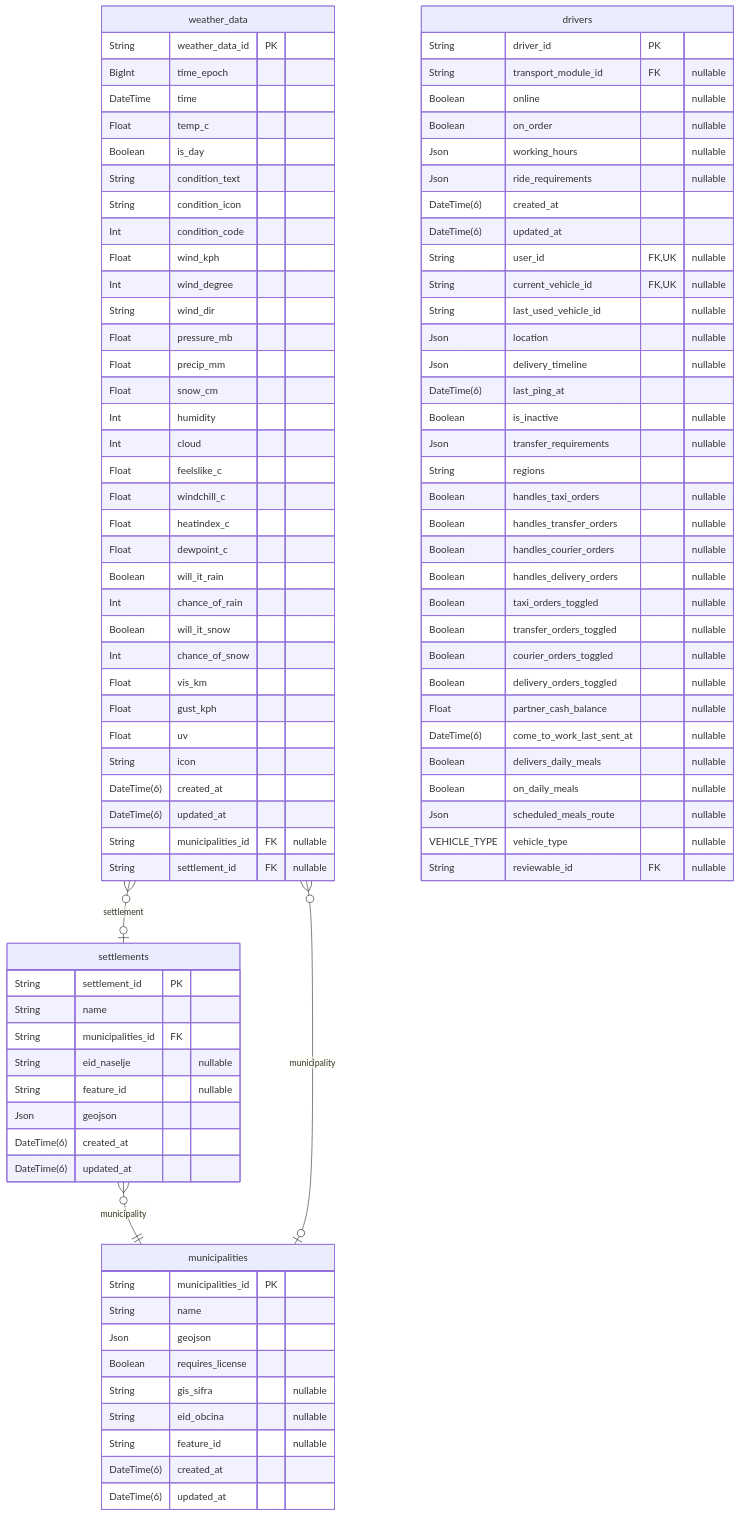
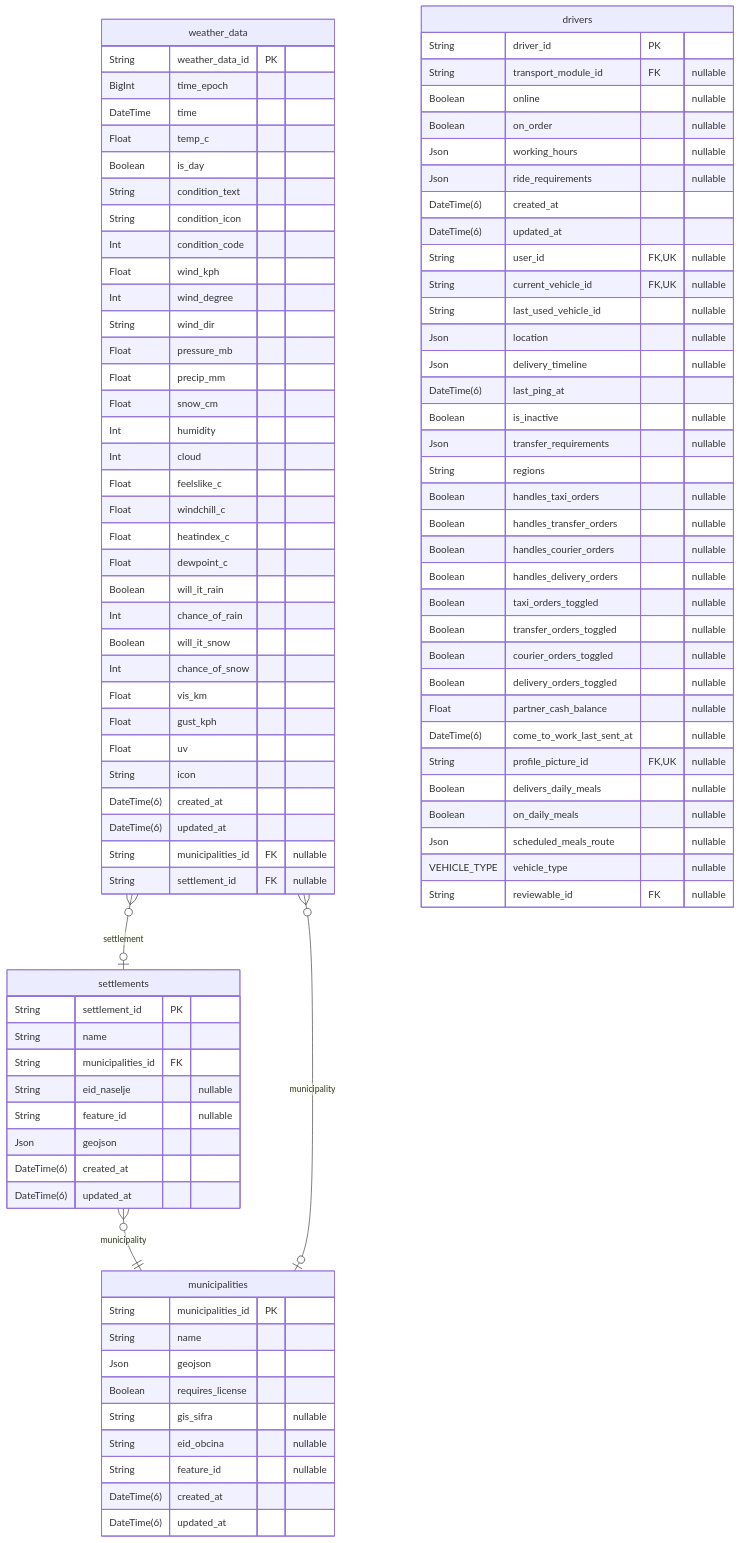
One commit to pbozic/be-analyisis changed diagram 19 of 40 in prisma/schemas/ERD.md. Above: the diagram before and after it, drawn with Mermaid. The commit also changed other lines of this file and 23 other files, not shown here.

```diff
--- a/prisma/schemas/ERD.md
+++ b/prisma/schemas/ERD.md
@@ -3272,6 +3252,7 @@
   Boolean delivery_orders_toggled "nullable"
   Float partner_cash_balance "nullable"
   DateTime(6) come_to_work_last_sent_at "nullable"
+  String profile_picture_id FK,UK "nullable"
   Boolean delivers_daily_meals "nullable"
   Boolean on_daily_meals "nullable"
   Json scheduled_meals_route "nullable"
```
